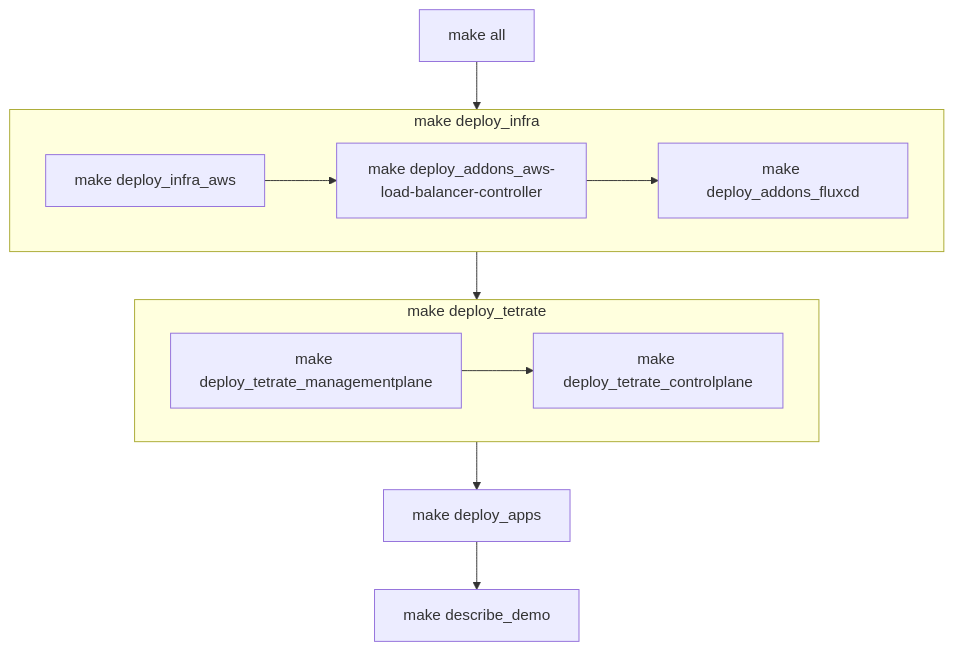
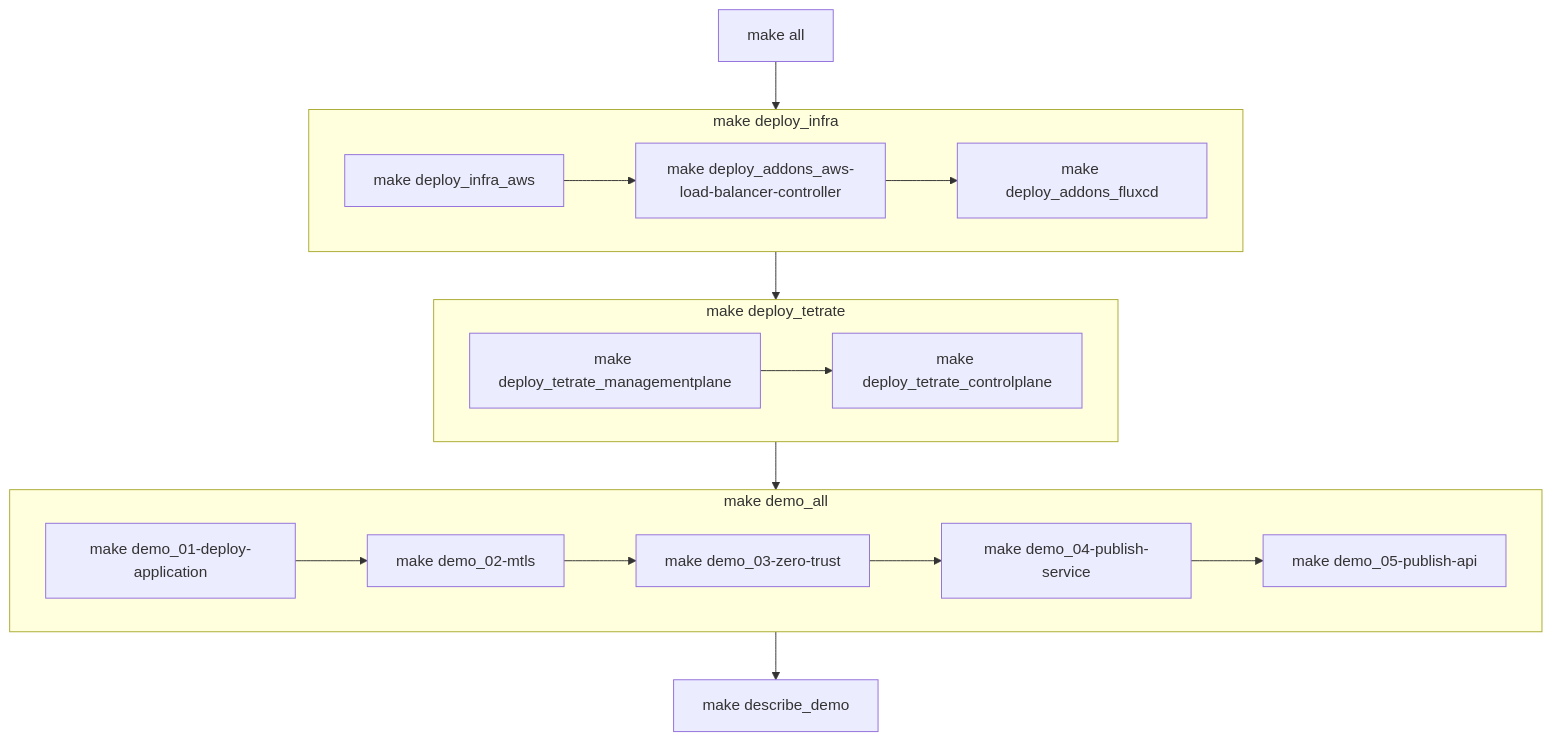
One commit to tetratelabs/tetrate-service-express-sandbox changed the diagram in README.md. Above: the diagram before and after it, drawn with Mermaid. The commit also changed other lines of this file and 10 other files, not shown here.

````diff
--- a/README.md
+++ b/README.md
@@ -15,16 +15,23 @@
 ```mermaid
   graph TD;
       all[make all] --> infra[make deploy_infra]
       subgraph infra[make deploy_infra]
         infra_aws[make deploy_infra_aws] -->
          aws-load-balancer-controller[make deploy_addons_aws-load-balancer-controller] -->
          fluxcd[make deploy_addons_fluxcd]
       end
       infra --> tetrate[make deploy_tetrate]
       subgraph tetrate[make deploy_tetrate]
          tetrate_managementplane[make deploy_tetrate_managementplane] -->
          tetrate_controlplane[make deploy_tetrate_controlplane]
       end
-      tetrate --> apps[make deploy_apps]
+      tetrate --> apps[make demo_all]
+      subgraph apps[make demo_all]
+         deploy-application[make demo_01-deploy-application] -->
+         mtls[make demo_02-mtls] -->
+         zero-trust[make demo_03-zero-trust] -->
+         publish-service[make demo_04-publish-service] -->
+         publish-api[make demo_05-publish-api]
+      end
       apps --> describe[make describe_demo]
 ```
````
